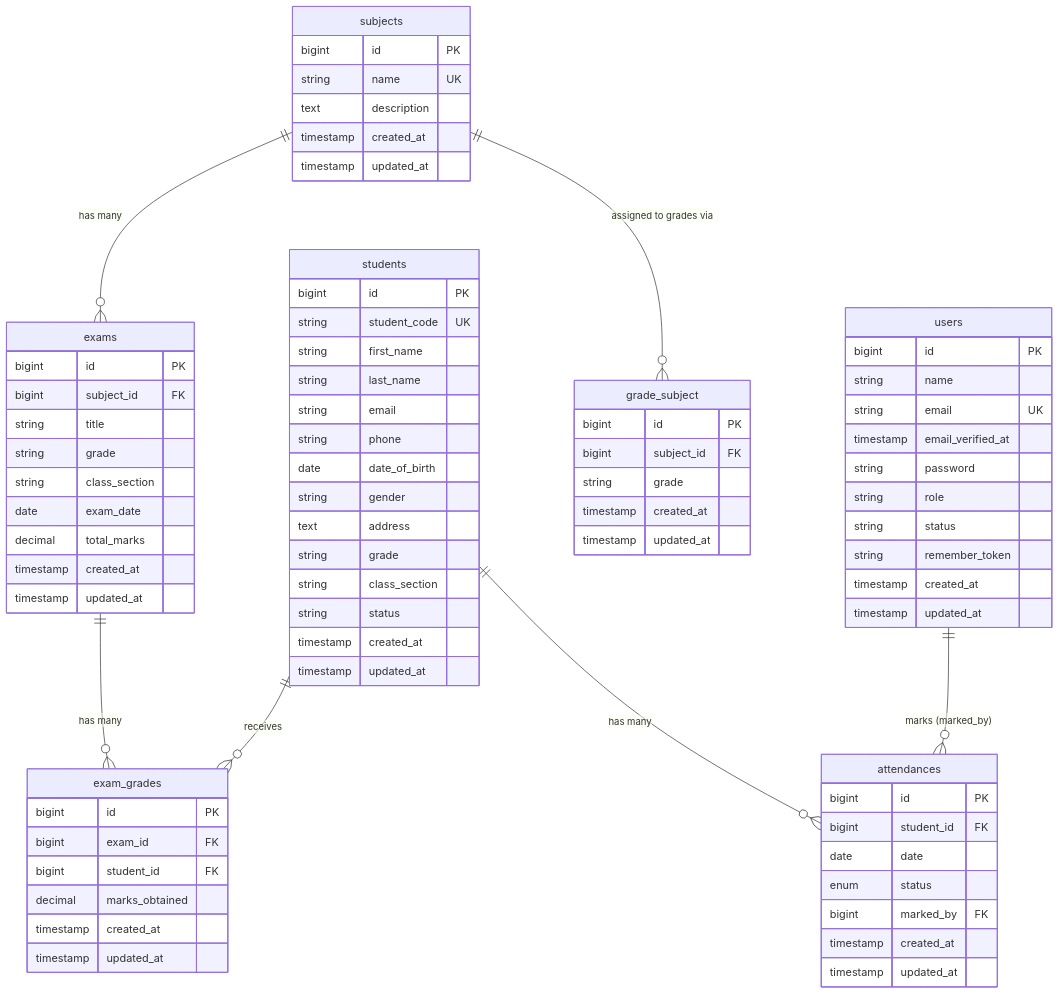
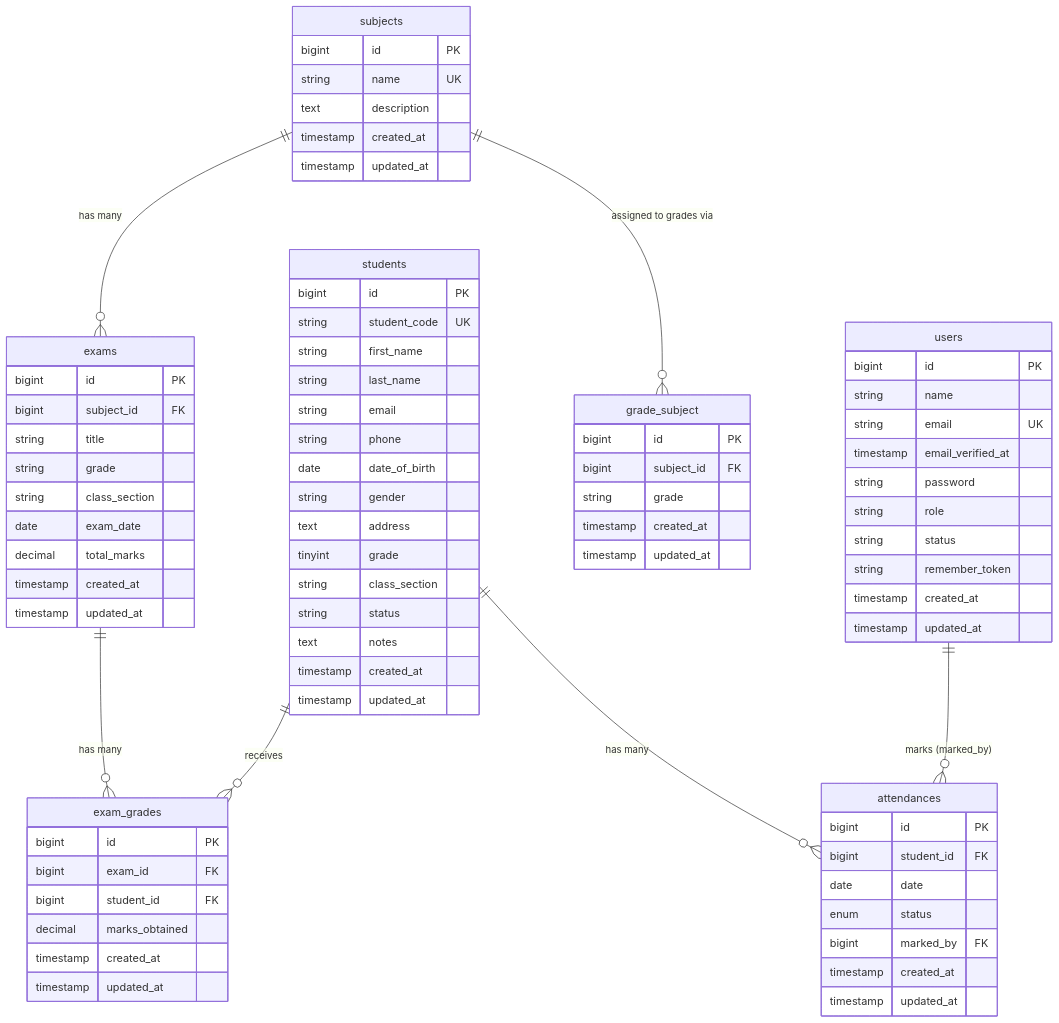
One commit to Johnny-Emad/StudentHub changed the diagram in docs/database/erd.md. Above: the diagram before and after it, drawn with Mermaid. The commit also changed other lines of this file and 12 other files, not shown here.

```diff
--- a/docs/database/erd.md
+++ b/docs/database/erd.md
@@ -31,9 +31,10 @@
         date date_of_birth
         string gender
         text address
-        string grade
+        tinyint grade
         string class_section
         string status
+        text notes
         timestamp created_at
         timestamp updated_at
     }
```
